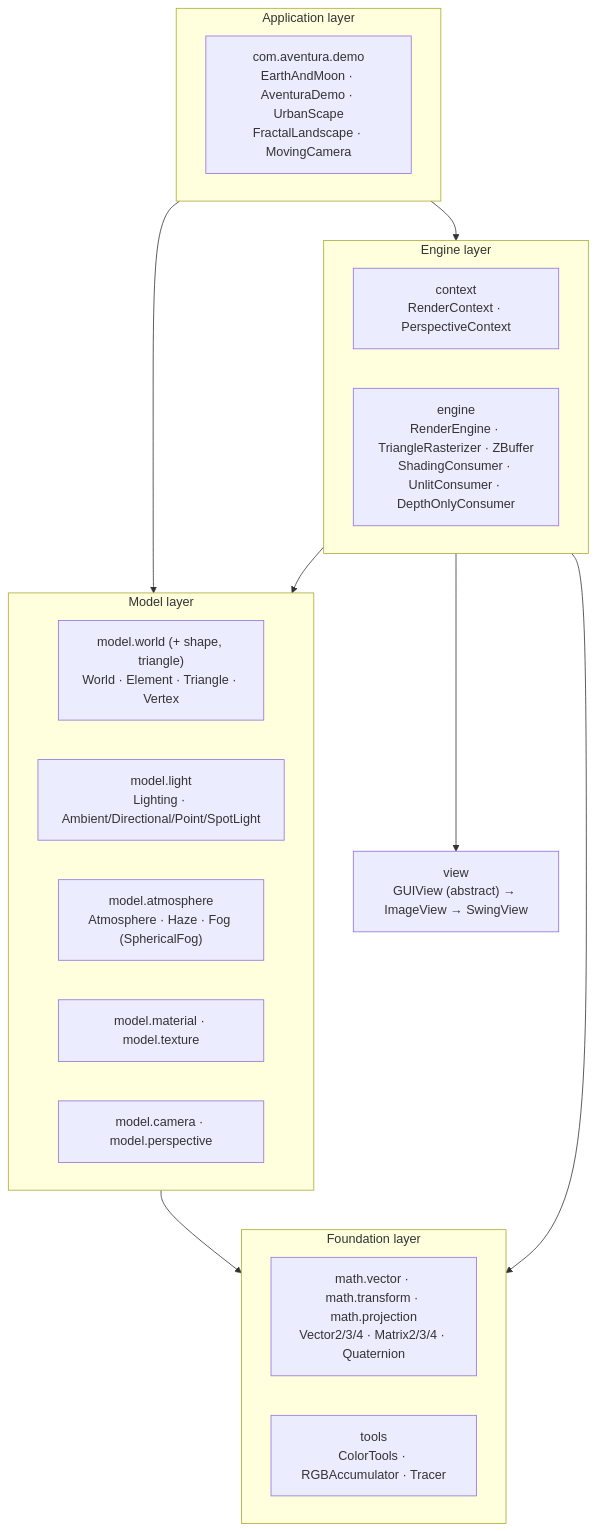
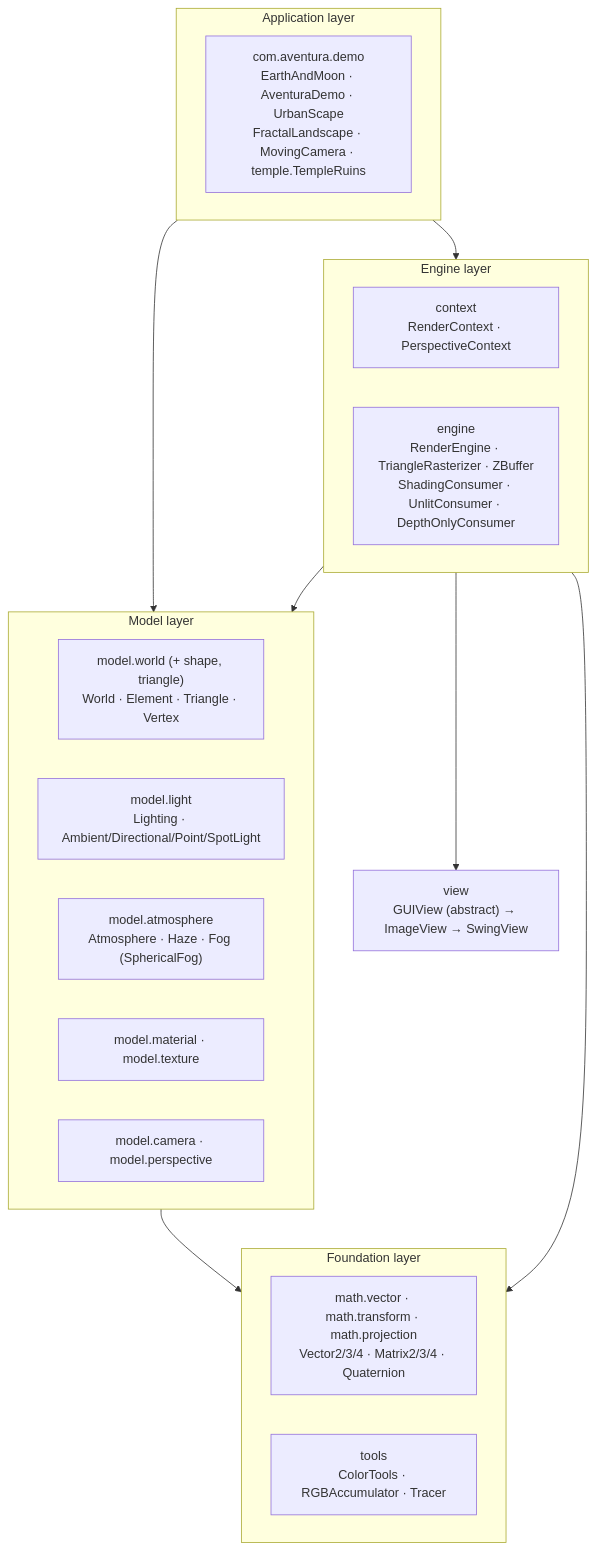
Before and after one commit to obarry/Aventura: the second of 22 diagrams in docs/DESIGN.md, drawn with Mermaid. The commit also changed other lines of this file and 36 other files, not shown here.

````diff
--- a/docs/DESIGN.md
+++ b/docs/DESIGN.md
@@ -65,29 +66,29 @@
 ```mermaid
 flowchart TB
     subgraph APP["Application layer"]
-        DEMO["com.aventura.demo<br/>EarthAndMoon · AventuraDemo · UrbanScape<br/>FractalLandscape · MovingCamera"]
+        DEMO["com.aventura.demo<br/>EarthAndMoon · AventuraDemo · UrbanScape<br/>FractalLandscape · MovingCamera · temple.TempleRuins"]
     end
     subgraph ENGINE["Engine layer"]
         CTX["context<br/>RenderContext · PerspectiveContext"]
         ENG["engine<br/>RenderEngine · TriangleRasterizer · ZBuffer<br/>ShadingConsumer · UnlitConsumer · DepthOnlyConsumer"]
     end
     subgraph MODEL["Model layer"]
         WORLD["model.world (+ shape, triangle)<br/>World · Element · Triangle · Vertex"]
         LIGHT["model.light<br/>Lighting · Ambient/Directional/Point/SpotLight"]
         ATMO["model.atmosphere<br/>Atmosphere · Haze · Fog (SphericalFog)"]
         MAT["model.material · model.texture"]
         CAM["model.camera · model.perspective"]
     end
     subgraph FOUND["Foundation layer"]
         MATH["math.vector · math.transform · math.projection<br/>Vector2/3/4 · Matrix2/3/4 · Quaternion"]
         TOOLS["tools<br/>ColorTools · RGBAccumulator · Tracer"]
     end
     VIEW["view<br/>GUIView (abstract) → ImageView → SwingView"]
 
     APP --> ENGINE
     APP --> MODEL
     ENGINE --> MODEL
     ENGINE --> VIEW
     MODEL --> FOUND
     ENGINE --> FOUND
 ```
````
